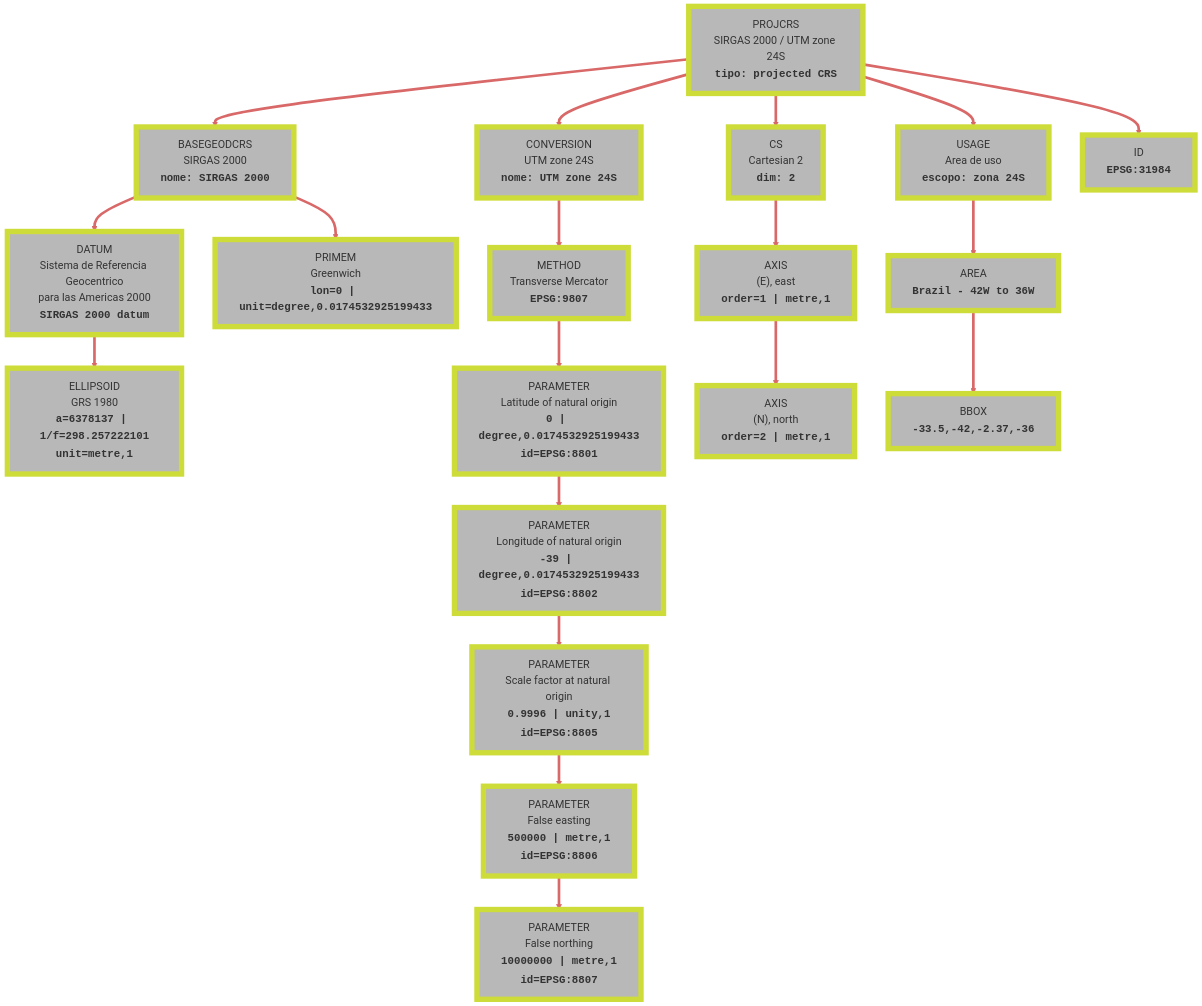
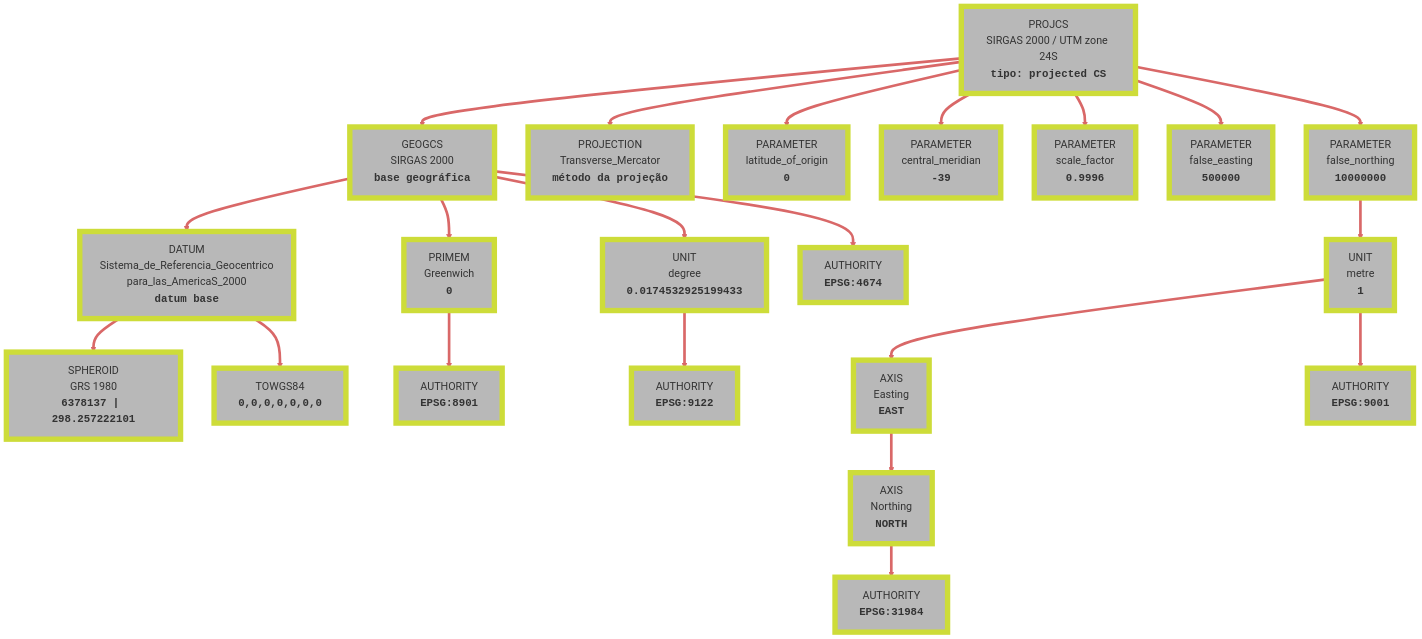
The first of 2 diagrams in docs/gis/def_coord_sis.md (255ribeiro/intro_topografia), drawn with Mermaid before and after one commit. The commit also changed other lines of this file, not shown here.

Commit message:
Atualiza def_coord_sis.md: diagramas e descrições para WKT1, semelhanças/diferenças detalhadas

````diff
--- a/docs/gis/def_coord_sis.md
+++ b/docs/gis/def_coord_sis.md
@@ -59,48 +44,51 @@
 ```mermaid
 %%{init: {"securityLevel":"loose","flowchart":{"htmlLabels":true},"themeCSS": ".arrowheadPath{fill:#D96868!important;transform:scale(2.2);transform-origin:center;}"}}%%
 graph TD
-    A["PROJCRS<br/>SIRGAS 2000 / UTM zone 24S<br/><span style='background:#b8b8b8;padding:2px 6px;border-radius:4px;border:1px solid #D96868;color:#D96868;font-weight:700;font-family:Consolas,monospace;display:inline-block;'>tipo: projected CRS</span>"] --> B["BASEGEODCRS<br/>SIRGAS 2000<br/><span style='background:#b8b8b8;padding:2px 6px;border-radius:4px;border:1px solid #D96868;color:#D96868;font-weight:700;font-family:Consolas,monospace;display:inline-block;'>nome: SIRGAS 2000</span>"]
-    A --> C["CONVERSION<br/>UTM zone 24S<br/><span style='background:#b8b8b8;padding:2px 6px;border-radius:4px;border:1px solid #D96868;color:#D96868;font-weight:700;font-family:Consolas,monospace;display:inline-block;'>nome: UTM zone 24S</span>"]
-    A --> D["CS<br/>Cartesian 2<br/><span style='background:#b8b8b8;padding:2px 6px;border-radius:4px;border:1px solid #D96868;color:#D96868;font-weight:700;font-family:Consolas,monospace;display:inline-block;'>dim: 2</span>"]
-    A --> E["USAGE<br/>Area de uso<br/><span style='background:#b8b8b8;padding:2px 6px;border-radius:4px;border:1px solid #D96868;color:#D96868;font-weight:700;font-family:Consolas,monospace;display:inline-block;'>escopo: zona 24S</span>"]
-    A --> F["ID<br/><span style='background:#b8b8b8;padding:2px 6px;border-radius:4px;border:1px solid #D96868;color:#D96868;font-weight:700;font-family:Consolas,monospace;display:inline-block;'>EPSG:31984</span>"]
+    A["PROJCS<br/>SIRGAS 2000 / UTM zone 24S<br/><span style='background:#b8b8b8;padding:2px 6px;border-radius:4px;border:1px solid #D96868;color:#D96868;font-weight:700;font-family:Consolas,monospace;display:inline-block;'>tipo: projected CS</span>"] --> B["GEOGCS<br/>SIRGAS 2000<br/><span style='background:#b8b8b8;padding:2px 6px;border-radius:4px;border:1px solid #D96868;color:#D96868;font-weight:700;font-family:Consolas,monospace;display:inline-block;'>base geográfica</span>"]
+    A --> C["PROJECTION<br/>Transverse_Mercator<br/><span style='background:#b8b8b8;padding:2px 6px;border-radius:4px;border:1px solid #D96868;color:#D96868;font-weight:700;font-family:Consolas,monospace;display:inline-block;'>método da projeção</span>"]
+    A --> P1["PARAMETER<br/>latitude_of_origin<br/><span style='background:#b8b8b8;padding:2px 6px;border-radius:4px;border:1px solid #D96868;color:#D96868;font-weight:700;font-family:Consolas,monospace;display:inline-block;'>0</span>"]
+    A --> P2["PARAMETER<br/>central_meridian<br/><span style='background:#b8b8b8;padding:2px 6px;border-radius:4px;border:1px solid #D96868;color:#D96868;font-weight:700;font-family:Consolas,monospace;display:inline-block;'>-39</span>"]
+    A --> P3["PARAMETER<br/>scale_factor<br/><span style='background:#b8b8b8;padding:2px 6px;border-radius:4px;border:1px solid #D96868;color:#D96868;font-weight:700;font-family:Consolas,monospace;display:inline-block;'>0.9996</span>"]
+    A --> P4["PARAMETER<br/>false_easting<br/><span style='background:#b8b8b8;padding:2px 6px;border-radius:4px;border:1px solid #D96868;color:#D96868;font-weight:700;font-family:Consolas,monospace;display:inline-block;'>500000</span>"]
+    A --> P5["PARAMETER<br/>false_northing<br/><span style='background:#b8b8b8;padding:2px 6px;border-radius:4px;border:1px solid #D96868;color:#D96868;font-weight:700;font-family:Consolas,monospace;display:inline-block;'>10000000</span>"]
+    P5 --> U1["UNIT<br/>metre<br/><span style='background:#b8b8b8;padding:2px 6px;border-radius:4px;border:1px solid #D96868;color:#D96868;font-weight:700;font-family:Consolas,monospace;display:inline-block;'>1</span>"]
+    U1 --> X1["AXIS<br/>Easting<br/><span style='background:#b8b8b8;padding:2px 6px;border-radius:4px;border:1px solid #D96868;color:#D96868;font-weight:700;font-family:Consolas,monospace;display:inline-block;'>EAST</span>"]
+    X1 --> X2["AXIS<br/>Northing<br/><span style='background:#b8b8b8;padding:2px 6px;border-radius:4px;border:1px solid #D96868;color:#D96868;font-weight:700;font-family:Consolas,monospace;display:inline-block;'>NORTH</span>"]
+    X2 --> AU0["AUTHORITY<br/><span style='background:#b8b8b8;padding:2px 6px;border-radius:4px;border:1px solid #D96868;color:#D96868;font-weight:700;font-family:Consolas,monospace;display:inline-block;'>EPSG:31984</span>"]
 
-    B --> B1["DATUM<br/>Sistema de Referencia Geocentrico<br/>para las Americas 2000<br/><span style='background:#b8b8b8;padding:2px 6px;border-radius:4px;border:1px solid #D96868;color:#D96868;font-weight:700;font-family:Consolas,monospace;display:inline-block;'>SIRGAS 2000 datum</span>"]
-    B1 --> B2["ELLIPSOID<br/>GRS 1980<br/><span style='background:#b8b8b8;padding:2px 6px;border-radius:4px;border:1px solid #D96868;color:#D96868;font-weight:700;font-family:Consolas,monospace;display:inline-block;'>a=6378137 | 1/f=298.257222101</span><br/><span style='background:#b8b8b8;padding:2px 6px;border-radius:4px;border:1px solid #D96868;color:#D96868;font-weight:700;font-family:Consolas,monospace;display:inline-block;'>unit=metre,1</span>"]
-    B --> B3["PRIMEM<br/>Greenwich<br/><span style='background:#b8b8b8;padding:2px 6px;border-radius:4px;border:1px solid #D96868;color:#D96868;font-weight:700;font-family:Consolas,monospace;display:inline-block;'>lon=0 | unit=degree,0.0174532925199433</span>"]
+    B --> B1["DATUM<br/>Sistema_de_Referencia_Geocentrico<br/>para_las_AmericaS_2000<br/><span style='background:#b8b8b8;padding:2px 6px;border-radius:4px;border:1px solid #D96868;color:#D96868;font-weight:700;font-family:Consolas,monospace;display:inline-block;'>datum base</span>"]
+    B --> B2["PRIMEM<br/>Greenwich<br/><span style='background:#b8b8b8;padding:2px 6px;border-radius:4px;border:1px solid #D96868;color:#D96868;font-weight:700;font-family:Consolas,monospace;display:inline-block;'>0</span>"]
+    B --> B3["UNIT<br/>degree<br/><span style='background:#b8b8b8;padding:2px 6px;border-radius:4px;border:1px solid #D96868;color:#D96868;font-weight:700;font-family:Consolas,monospace;display:inline-block;'>0.0174532925199433</span>"]
+    B --> AU1["AUTHORITY<br/><span style='background:#b8b8b8;padding:2px 6px;border-radius:4px;border:1px solid #D96868;color:#D96868;font-weight:700;font-family:Consolas,monospace;display:inline-block;'>EPSG:4674</span>"]
 
-    C --> C1["METHOD<br/>Transverse Mercator<br/><span style='background:#b8b8b8;padding:2px 6px;border-radius:4px;border:1px solid #D96868;color:#D96868;font-weight:700;font-family:Consolas,monospace;display:inline-block;'>EPSG:9807</span>"]
-    C1 --> C2["PARAMETER<br/>Latitude of natural origin<br/><span style='background:#b8b8b8;padding:2px 6px;border-radius:4px;border:1px solid #D96868;color:#D96868;font-weight:700;font-family:Consolas,monospace;display:inline-block;'>0 | degree,0.0174532925199433</span><br/><span style='background:#b8b8b8;padding:2px 6px;border-radius:4px;border:1px solid #D96868;color:#D96868;font-weight:700;font-family:Consolas,monospace;display:inline-block;'>id=EPSG:8801</span>"]
-    C2 --> C3["PARAMETER<br/>Longitude of natural origin<br/><span style='background:#b8b8b8;padding:2px 6px;border-radius:4px;border:1px solid #D96868;color:#D96868;font-weight:700;font-family:Consolas,monospace;display:inline-block;'>-39 | degree,0.0174532925199433</span><br/><span style='background:#b8b8b8;padding:2px 6px;border-radius:4px;border:1px solid #D96868;color:#D96868;font-weight:700;font-family:Consolas,monospace;display:inline-block;'>id=EPSG:8802</span>"]
-    C3 --> C4["PARAMETER<br/>Scale factor at natural origin<br/><span style='background:#b8b8b8;padding:2px 6px;border-radius:4px;border:1px solid #D96868;color:#D96868;font-weight:700;font-family:Consolas,monospace;display:inline-block;'>0.9996 | unity,1</span><br/><span style='background:#b8b8b8;padding:2px 6px;border-radius:4px;border:1px solid #D96868;color:#D96868;font-weight:700;font-family:Consolas,monospace;display:inline-block;'>id=EPSG:8805</span>"]
-    C4 --> C5["PARAMETER<br/>False easting<br/><span style='background:#b8b8b8;padding:2px 6px;border-radius:4px;border:1px solid #D96868;color:#D96868;font-weight:700;font-family:Consolas,monospace;display:inline-block;'>500000 | metre,1</span><br/><span style='background:#b8b8b8;padding:2px 6px;border-radius:4px;border:1px solid #D96868;color:#D96868;font-weight:700;font-family:Consolas,monospace;display:inline-block;'>id=EPSG:8806</span>"]
-    C5 --> C6["PARAMETER<br/>False northing<br/><span style='background:#b8b8b8;padding:2px 6px;border-radius:4px;border:1px solid #D96868;color:#D96868;font-weight:700;font-family:Consolas,monospace;display:inline-block;'>10000000 | metre,1</span><br/><span style='background:#b8b8b8;padding:2px 6px;border-radius:4px;border:1px solid #D96868;color:#D96868;font-weight:700;font-family:Consolas,monospace;display:inline-block;'>id=EPSG:8807</span>"]
+    B1 --> S1["SPHEROID<br/>GRS 1980<br/><span style='background:#b8b8b8;padding:2px 6px;border-radius:4px;border:1px solid #D96868;color:#D96868;font-weight:700;font-family:Consolas,monospace;display:inline-block;'>6378137 | 298.257222101</span>"]
+    B1 --> T1["TOWGS84<br/><span style='background:#b8b8b8;padding:2px 6px;border-radius:4px;border:1px solid #D96868;color:#D96868;font-weight:700;font-family:Consolas,monospace;display:inline-block;'>0,0,0,0,0,0,0</span>"]
 
-    D --> D1["AXIS<br/>(E), east<br/><span style='background:#b8b8b8;padding:2px 6px;border-radius:4px;border:1px solid #D96868;color:#D96868;font-weight:700;font-family:Consolas,monospace;display:inline-block;'>order=1 | metre,1</span>"]
-    D1 --> D2["AXIS<br/>(N), north<br/><span style='background:#b8b8b8;padding:2px 6px;border-radius:4px;border:1px solid #D96868;color:#D96868;font-weight:700;font-family:Consolas,monospace;display:inline-block;'>order=2 | metre,1</span>"]
-
-    E --> E1["AREA<br/><span style='background:#b8b8b8;padding:2px 6px;border-radius:4px;border:1px solid #D96868;color:#D96868;font-weight:700;font-family:Consolas,monospace;display:inline-block;'>Brazil - 42W to 36W</span>"]
-    E1 --> E2["BBOX<br/><span style='background:#b8b8b8;padding:2px 6px;border-radius:4px;border:1px solid #D96868;color:#D96868;font-weight:700;font-family:Consolas,monospace;display:inline-block;'>-33.5,-42,-2.37,-36</span>"]
+    B2 --> AU2["AUTHORITY<br/><span style='background:#b8b8b8;padding:2px 6px;border-radius:4px;border:1px solid #D96868;color:#D96868;font-weight:700;font-family:Consolas,monospace;display:inline-block;'>EPSG:8901</span>"]
+    B3 --> AU3["AUTHORITY<br/><span style='background:#b8b8b8;padding:2px 6px;border-radius:4px;border:1px solid #D96868;color:#D96868;font-weight:700;font-family:Consolas,monospace;display:inline-block;'>EPSG:9122</span>"]
+    U1 --> AU4["AUTHORITY<br/><span style='background:#b8b8b8;padding:2px 6px;border-radius:4px;border:1px solid #D96868;color:#D96868;font-weight:700;font-family:Consolas,monospace;display:inline-block;'>EPSG:9001</span>"]
 
     linkStyle default stroke:#D96868,stroke-width:4px;
     classDef limeBox fill:#b8b8b8,stroke:#cddc39,stroke-width:8px;
     A:::limeBox
     B:::limeBox
     C:::limeBox
-    D:::limeBox
-    E:::limeBox
-    F:::limeBox
+    P1:::limeBox
+    P2:::limeBox
+    P3:::limeBox
+    P4:::limeBox
+    P5:::limeBox
+    U1:::limeBox
+    X1:::limeBox
+    X2:::limeBox
+    AU0:::limeBox
     B1:::limeBox
     B2:::limeBox
     B3:::limeBox
-    C1:::limeBox
-    C2:::limeBox
-    C3:::limeBox
-    C4:::limeBox
-    C5:::limeBox
-    C6:::limeBox
-    D1:::limeBox
-    D2:::limeBox
-    E1:::limeBox
-    E2:::limeBox
+    AU1:::limeBox
+    S1:::limeBox
+    T1:::limeBox
+    AU2:::limeBox
+    AU3:::limeBox
+    AU4:::limeBox
 ```
````
